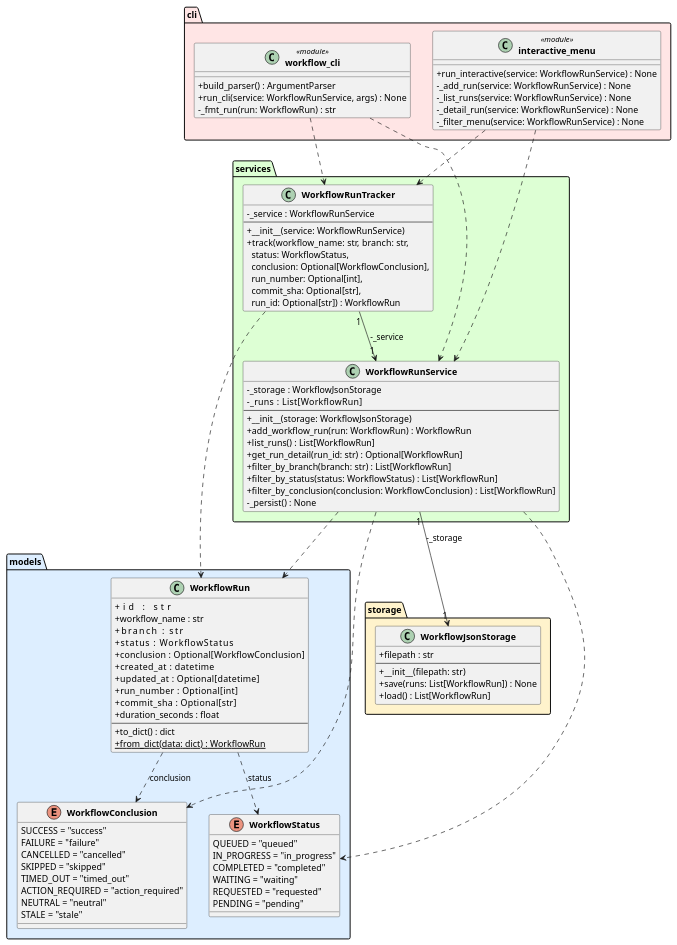
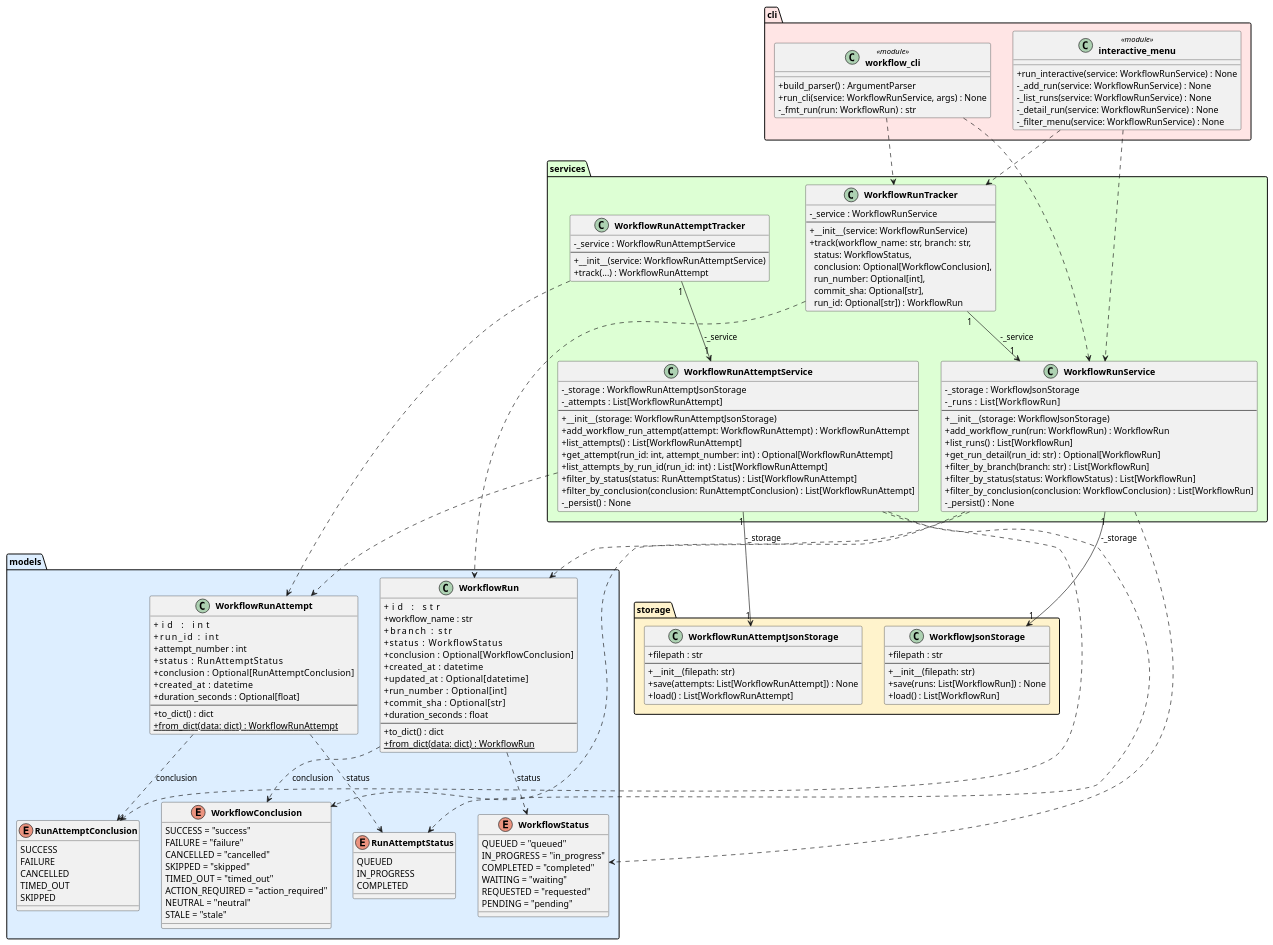
One commit to DanielRiha8906/Software_autoevolution_using_agents changed the diagram in experiments/supervisor_as_tools/user_stories/github-workflow-manager/artifacts/class_diagram.puml. Above: the diagram before and after it, drawn with PlantUML. The commit also changed 12 other files, not shown here.

First line of the commit message:
Task 03: Implement WorkflowRunAttempt as first-class model

```diff
--- a/experiments/supervisor_as_tools/user_stories/github-workflow-manager/artifacts/class_diagram.puml
+++ b/experiments/supervisor_as_tools/user_stories/github-workflow-manager/artifacts/class_diagram.puml
@@ -1,106 +1,170 @@
 @startuml class_diagram
 
 skinparam classAttributeIconSize 0
 skinparam classFontStyle bold
 
 package "models" #DDEEFF {
     enum WorkflowStatus {
         QUEUED = "queued"
         IN_PROGRESS = "in_progress"
         COMPLETED = "completed"
         WAITING = "waiting"
         REQUESTED = "requested"
         PENDING = "pending"
     }
 
     enum WorkflowConclusion {
         SUCCESS = "success"
         FAILURE = "failure"
         CANCELLED = "cancelled"
         SKIPPED = "skipped"
         TIMED_OUT = "timed_out"
         ACTION_REQUIRED = "action_required"
         NEUTRAL = "neutral"
         STALE = "stale"
     }
 
+    enum RunAttemptStatus {
+        QUEUED
+        IN_PROGRESS
+        COMPLETED
+    }
+
+    enum RunAttemptConclusion {
+        SUCCESS
+        FAILURE
+        CANCELLED
+        TIMED_OUT
+        SKIPPED
+    }
+
     class WorkflowRun {
         +id            : str
         +workflow_name : str
         +branch        : str
         +status        : WorkflowStatus
         +conclusion    : Optional[WorkflowConclusion]
         +created_at    : datetime
         +updated_at    : Optional[datetime]
         +run_number    : Optional[int]
         +commit_sha    : Optional[str]
         +duration_seconds : float
         --
         +to_dict() : dict
         +{static} from_dict(data: dict) : WorkflowRun
     }
+
+    class WorkflowRunAttempt {
+        +id            : int
+        +run_id        : int
+        +attempt_number : int
+        +status        : RunAttemptStatus
+        +conclusion    : Optional[RunAttemptConclusion]
+        +created_at    : datetime
+        +duration_seconds : Optional[float]
+        --
+        +to_dict() : dict
+        +{static} from_dict(data: dict) : WorkflowRunAttempt
+    }
 }
 
 package "storage" #FFF3CC {
     class WorkflowJsonStorage {
         +filepath : str
         --
         +__init__(filepath: str)
         +save(runs: List[WorkflowRun]) : None
         +load() : List[WorkflowRun]
+    }
+
+    class WorkflowRunAttemptJsonStorage {
+        +filepath : str
+        --
+        +__init__(filepath: str)
+        +save(attempts: List[WorkflowRunAttempt]) : None
+        +load() : List[WorkflowRunAttempt]
     }
 }
 
 package "services" #DDFFD4 {
     class WorkflowRunService {
         -_storage : WorkflowJsonStorage
         -_runs    : List[WorkflowRun]
         --
         +__init__(storage: WorkflowJsonStorage)
         +add_workflow_run(run: WorkflowRun) : WorkflowRun
         +list_runs() : List[WorkflowRun]
         +get_run_detail(run_id: str) : Optional[WorkflowRun]
         +filter_by_branch(branch: str) : List[WorkflowRun]
         +filter_by_status(status: WorkflowStatus) : List[WorkflowRun]
         +filter_by_conclusion(conclusion: WorkflowConclusion) : List[WorkflowRun]
         -_persist() : None
     }
 
     class WorkflowRunTracker {
         -_service : WorkflowRunService
         --
         +__init__(service: WorkflowRunService)
         +track(workflow_name: str, branch: str,\n  status: WorkflowStatus,\n  conclusion: Optional[WorkflowConclusion],\n  run_number: Optional[int],\n  commit_sha: Optional[str],\n  run_id: Optional[str]) : WorkflowRun
     }
+
+    class WorkflowRunAttemptService {
+        -_storage : WorkflowRunAttemptJsonStorage
+        -_attempts : List[WorkflowRunAttempt]
+        --
+        +__init__(storage: WorkflowRunAttemptJsonStorage)
+        +add_workflow_run_attempt(attempt: WorkflowRunAttempt) : WorkflowRunAttempt
+        +list_attempts() : List[WorkflowRunAttempt]
+        +get_attempt(run_id: int, attempt_number: int) : Optional[WorkflowRunAttempt]
+        +list_attempts_by_run_id(run_id: int) : List[WorkflowRunAttempt]
+        +filter_by_status(status: RunAttemptStatus) : List[WorkflowRunAttempt]
+        +filter_by_conclusion(conclusion: RunAttemptConclusion) : List[WorkflowRunAttempt]
+        -_persist() : None
+    }
+
+    class WorkflowRunAttemptTracker {
+        -_service : WorkflowRunAttemptService
+        --
+        +__init__(service: WorkflowRunAttemptService)
+        +track(...) : WorkflowRunAttempt
+    }
 }
 
 package "cli" #FFE5E5 {
     class "workflow_cli" <<module>> {
         +build_parser() : ArgumentParser
         +run_cli(service: WorkflowRunService, args) : None
         -_fmt_run(run: WorkflowRun) : str
     }
 
     class "interactive_menu" <<module>> {
         +run_interactive(service: WorkflowRunService) : None
         -_add_run(service: WorkflowRunService) : None
         -_list_runs(service: WorkflowRunService) : None
         -_detail_run(service: WorkflowRunService) : None
         -_filter_menu(service: WorkflowRunService) : None
     }
 }
 
 WorkflowRun                ..>  WorkflowStatus        : status
 WorkflowRun                ..>  WorkflowConclusion    : conclusion
+WorkflowRunAttempt         ..>  RunAttemptStatus      : status
+WorkflowRunAttempt         ..>  RunAttemptConclusion  : conclusion
 WorkflowRunService    "1" --> "1" WorkflowJsonStorage : -_storage
 WorkflowRunService         ..>  WorkflowRun
 WorkflowRunService         ..>  WorkflowStatus
 WorkflowRunService         ..>  WorkflowConclusion
 WorkflowRunTracker    "1" --> "1" WorkflowRunService  : -_service
 WorkflowRunTracker         ..>  WorkflowRun
+WorkflowRunAttemptService "1" --> "1" WorkflowRunAttemptJsonStorage : -_storage
+WorkflowRunAttemptService  ..>  WorkflowRunAttempt
+WorkflowRunAttemptService  ..>  RunAttemptStatus
+WorkflowRunAttemptService  ..>  RunAttemptConclusion
+WorkflowRunAttemptTracker "1" --> "1" WorkflowRunAttemptService : -_service
+WorkflowRunAttemptTracker  ..>  WorkflowRunAttempt
 "workflow_cli"             ..>  WorkflowRunService
 "workflow_cli"             ..>  WorkflowRunTracker
 "interactive_menu"         ..>  WorkflowRunService
 "interactive_menu"         ..>  WorkflowRunTracker
 
 @enduml
```
